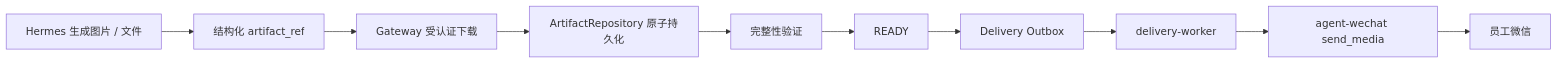
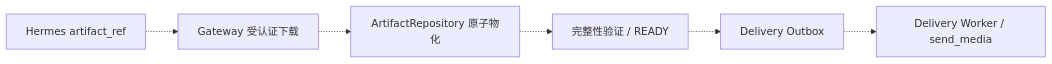
The third of 3 diagrams in 02_系统设计.md (Tangbohu09527/CF_ecommerce-automation-docs), drawn with Mermaid before and after one commit. The commit also changed other lines of this file and 17 other files, not shown here.

Commit message:
docs: align current architecture and component status

````diff
--- a/02_系统设计.md
+++ b/02_系统设计.md
@@ -273,12 +192,8 @@
 ```mermaid
 flowchart LR
-    H["Hermes 生成图片 / 文件"] --> REF["结构化 artifact_ref"]
-    REF --> DL["Gateway 受认证下载"]
-    DL --> AR["ArtifactRepository 原子持久化"]
-    AR --> IV["完整性验证"]
-    IV --> READY["READY"]
-    READY --> DO["Delivery Outbox"]
-    DO --> DW["delivery-worker"]
-    DW --> SM["agent-wechat send_media"]
-    SM --> WX["员工微信"]
+    H["Hermes artifact_ref"] -.-> DL["Gateway 受认证下载"]
+    DL -.-> AR["ArtifactRepository 原子物化"]
+    AR -.-> READY["完整性验证 / READY"]
+    READY -.-> O["Delivery Outbox"]
+    O -.-> W["Delivery Worker / send_media"]
 ```
````
